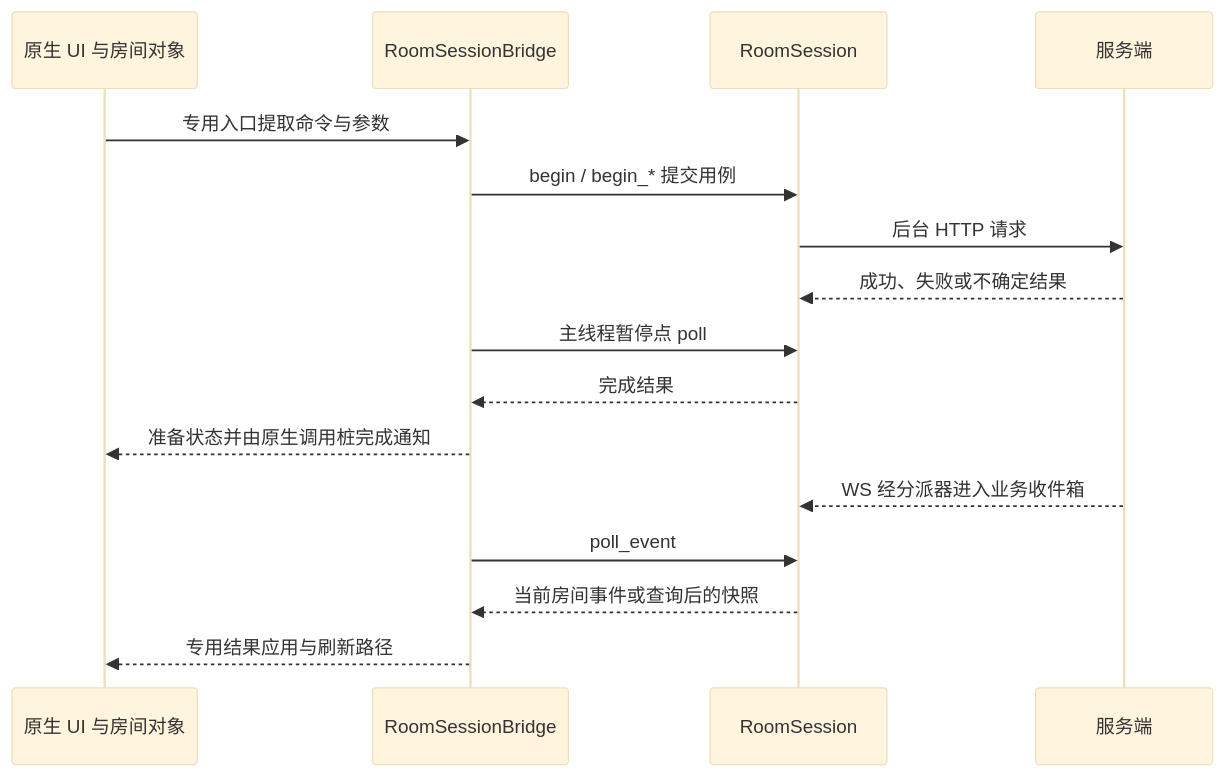
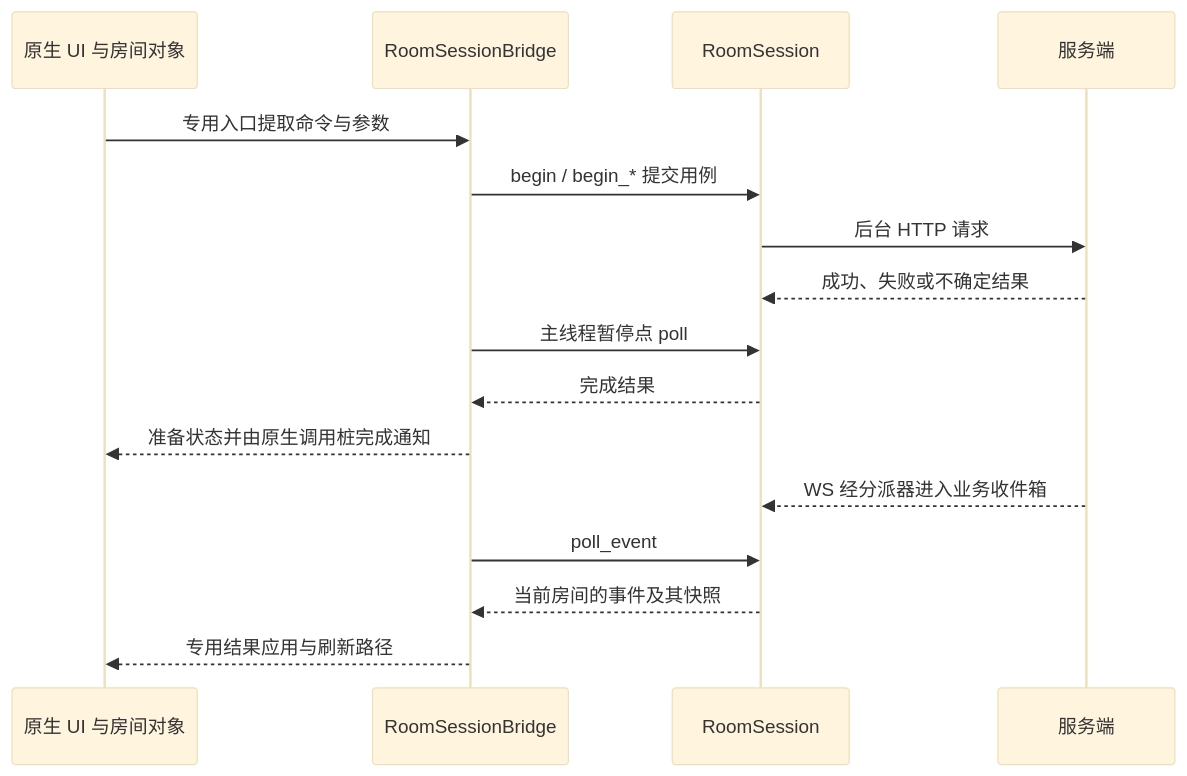
One commit to BeingIsA/Welcome_CODOL_Client changed the third of 3 diagrams in docs/架构设计.md. Above: the diagram before and after it, drawn with Mermaid (base theme). The commit also changed other lines of this file and 16 other files, not shown here.

````diff
--- a/docs/架构设计.md
+++ b/docs/架构设计.md
@@ -180,18 +180,18 @@
 ```mermaid
 sequenceDiagram
     participant N as 原生 UI 与房间对象
     participant G as RoomSessionBridge
     participant A as RoomSession
     participant S as 服务端
     N->>G: 专用入口提取命令与参数
     G->>A: begin / begin_* 提交用例
     A->>S: 后台 HTTP 请求
     S-->>A: 成功、失败或不确定结果
     G->>A: 主线程暂停点 poll
     A-->>G: 完成结果
     G-->>N: 准备状态并由原生调用桩完成通知
     S-->>A: WS 经分派器进入业务收件箱
     G->>A: poll_event
-    A-->>G: 当前房间事件或查询后的快照
+    A-->>G: 当前房间的事件及其快照
     G-->>N: 专用结果应用与刷新路径
 ```
````
